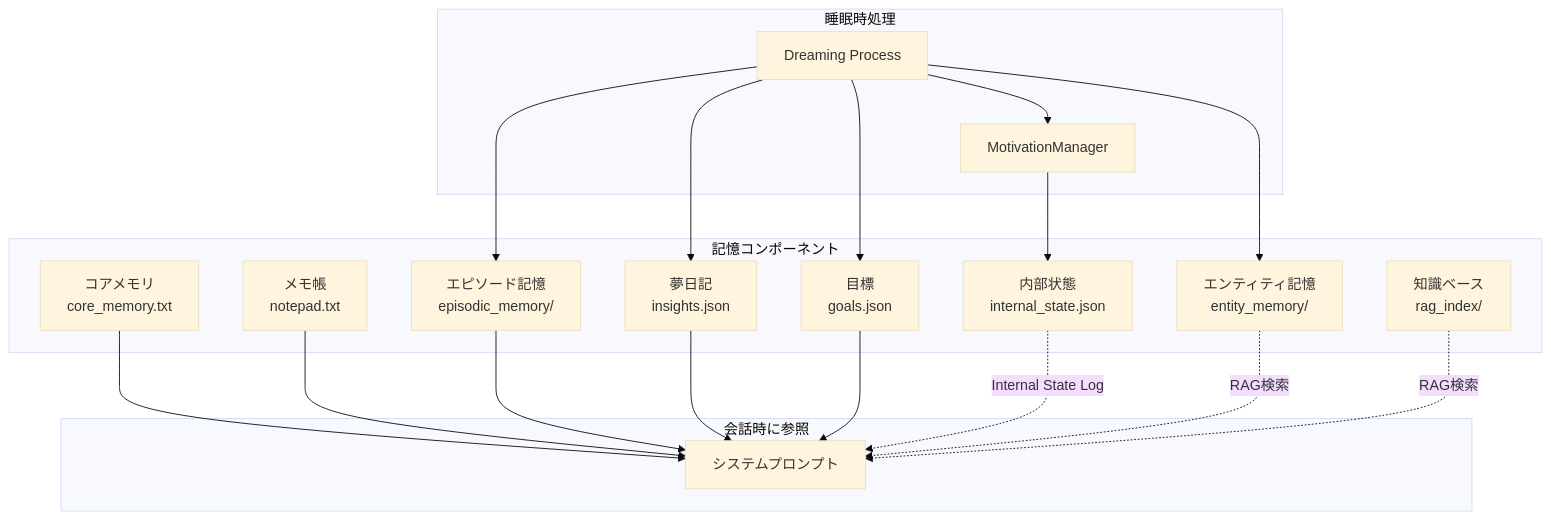
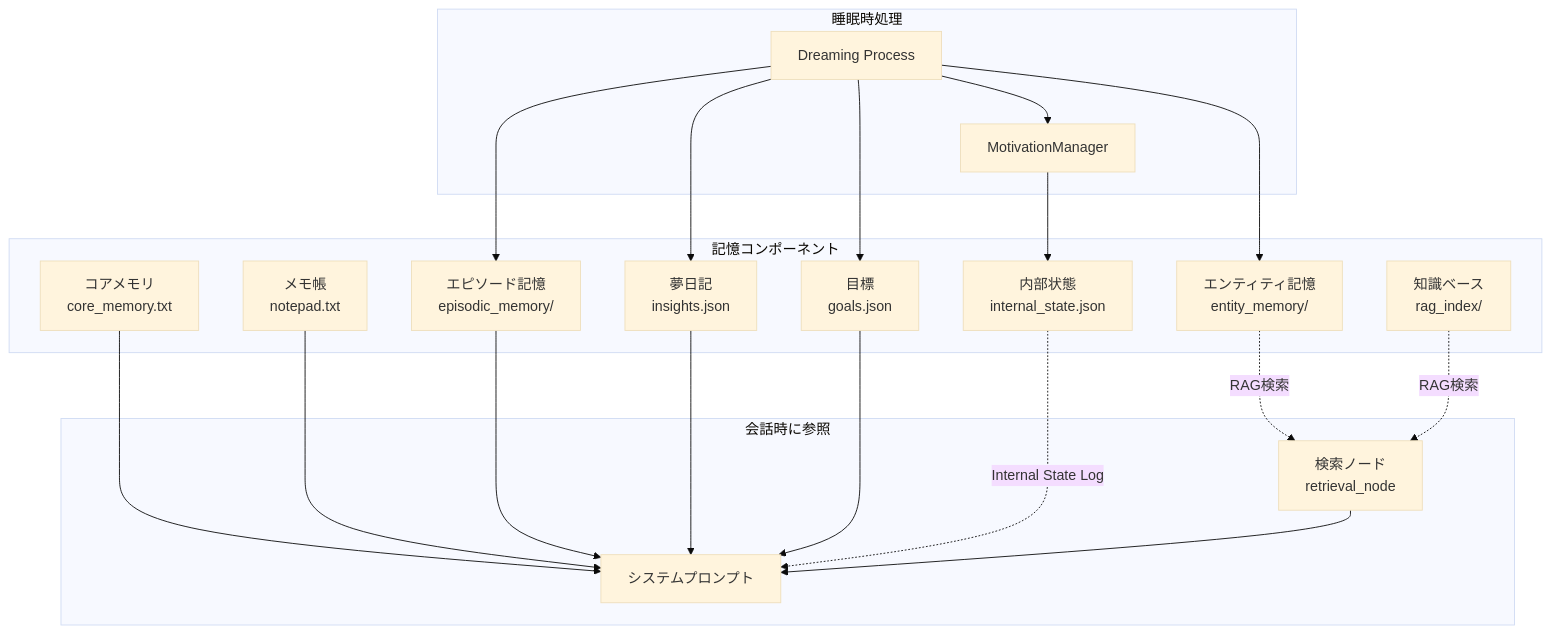
The first of 2 diagrams in docs/specifications/MEMORY_SYSTEM_SPECIFICATION.md (kenomendako/gradiotest), drawn with Mermaid (base theme) before and after one commit. The commit also changed other lines of this file, not shown here.

````diff
--- a/docs/specifications/MEMORY_SYSTEM_SPECIFICATION.md
+++ b/docs/specifications/MEMORY_SYSTEM_SPECIFICATION.md
@@ -11,38 +11,40 @@
 ```mermaid
 graph TB
     subgraph "会話時に参照"
         SP[システムプロンプト]
+        RN[検索ノード<br/>retrieval_node]
     end
     
     subgraph "記憶コンポーネント"
         CM[コアメモリ<br/>core_memory.txt]
         NP[メモ帳<br/>notepad.txt]
         EP[エピソード記憶<br/>episodic_memory/]
         EM[エンティティ記憶<br/>entity_memory/]
         DI[夢日記<br/>insights.json]
         GL[目標<br/>goals.json]
         KB[知識ベース<br/>rag_index/]
         IS[内部状態<br/>internal_state.json]
     end
     
     subgraph "睡眠時処理"
         DR[Dreaming Process]
         MM[MotivationManager]
     end
     
     CM --> SP
     NP --> SP
     EP --> SP
     DI --> SP
     GL --> SP
     IS -.-> |Internal State Log| SP
-    EM -.->|RAG検索| SP
-    KB -.->|RAG検索| SP
+    EM -.->|RAG検索| RN
+    KB -.->|RAG検索| RN
+    RN --> SP
     
     DR --> DI
     DR --> GL
     DR --> EM
     DR --> EP
     DR --> MM
     MM --> IS
 ```
````
